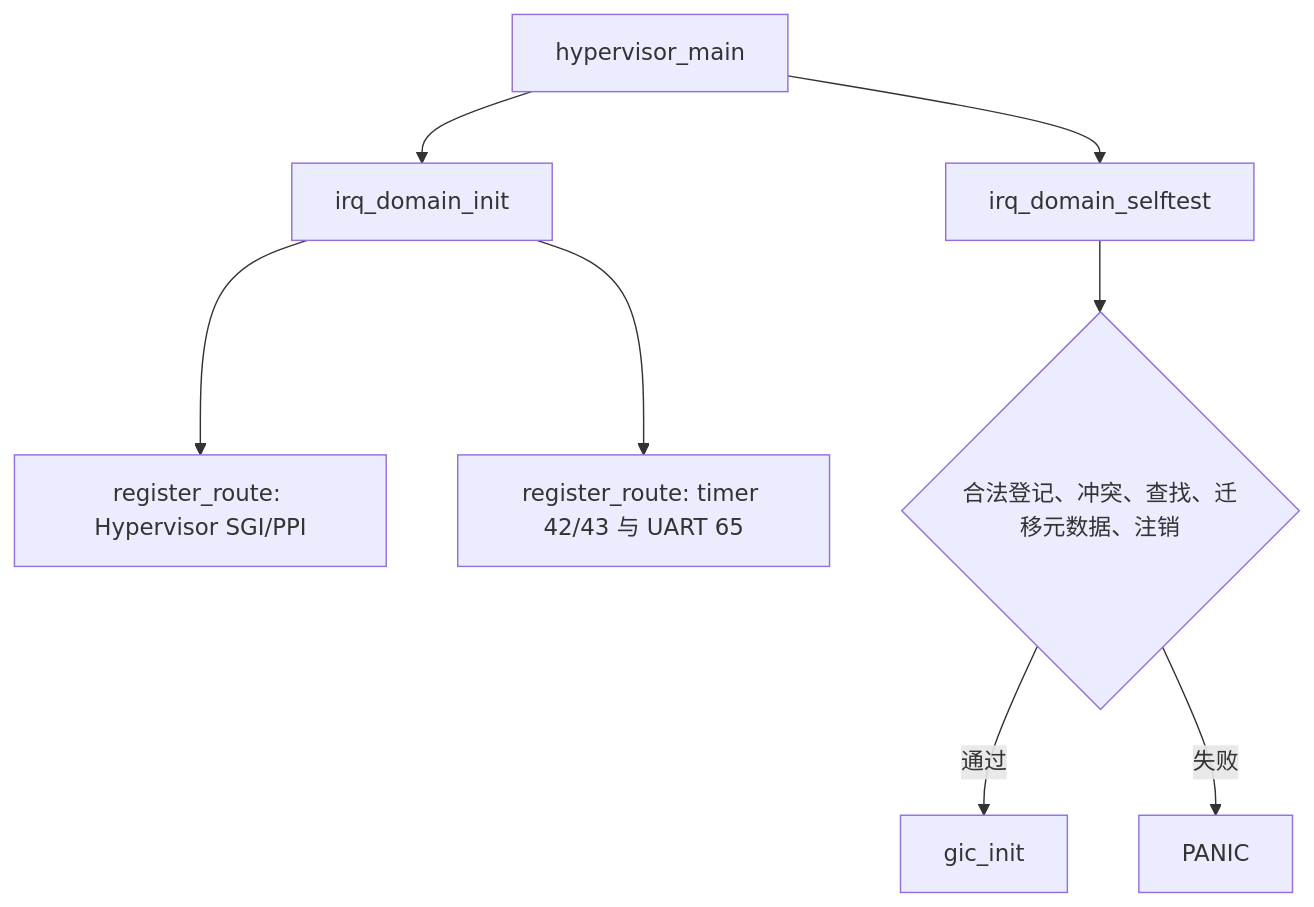
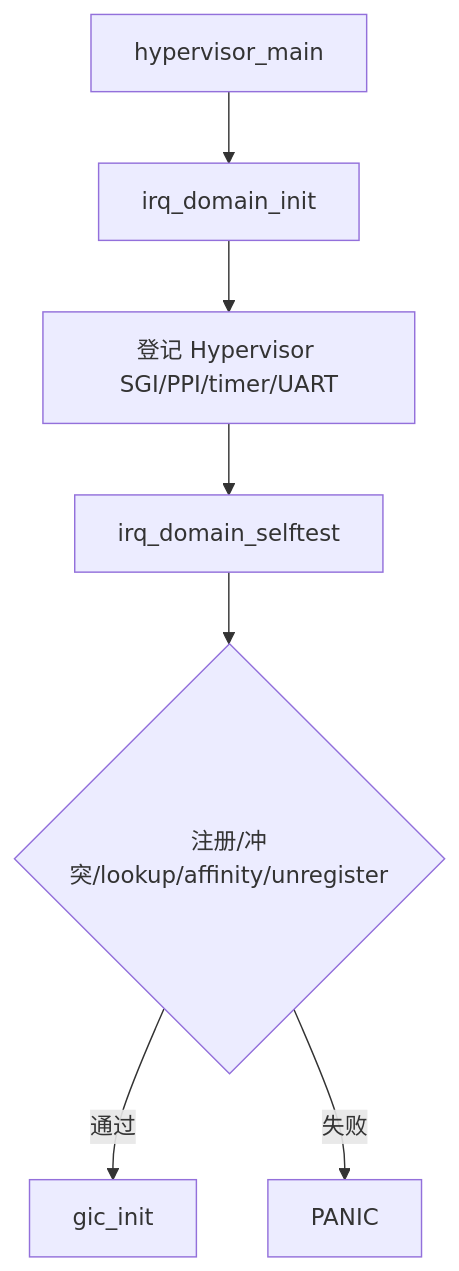
The third of 6 diagrams in docs/Phase104_IRQ_ownership与路由域_详细设计文档.md (huangtan203/avisor), drawn with Mermaid before and after one commit. The commit also changed other lines of this file, not shown here.

Commit message:
docs(irq): rebuild Phase 104 ownership design

````diff
--- a/docs/Phase104_IRQ_ownership与路由域_详细设计文档.md
+++ b/docs/Phase104_IRQ_ownership与路由域_详细设计文档.md
@@ -35,10 +79,9 @@
 ```mermaid
 flowchart TD
     A[hypervisor_main] --> B[irq_domain_init]
-    B --> C[register_route: Hypervisor SGI/PPI]
-    B --> D[register_route: timer 42/43 与 UART 65]
-    A --> E[irq_domain_selftest]
-    E --> F{合法登记、冲突、查找、迁移元数据、注销}
-    F -->|通过| G[gic_init]
-    F -->|失败| H[PANIC]
+    B --> C[登记 Hypervisor SGI/PPI/timer/UART]
+    C --> D[irq_domain_selftest]
+    D --> E{注册/冲突/lookup/affinity/unregister}
+    E -->|通过| F[gic_init]
+    E -->|失败| G[PANIC]
 ```
````
